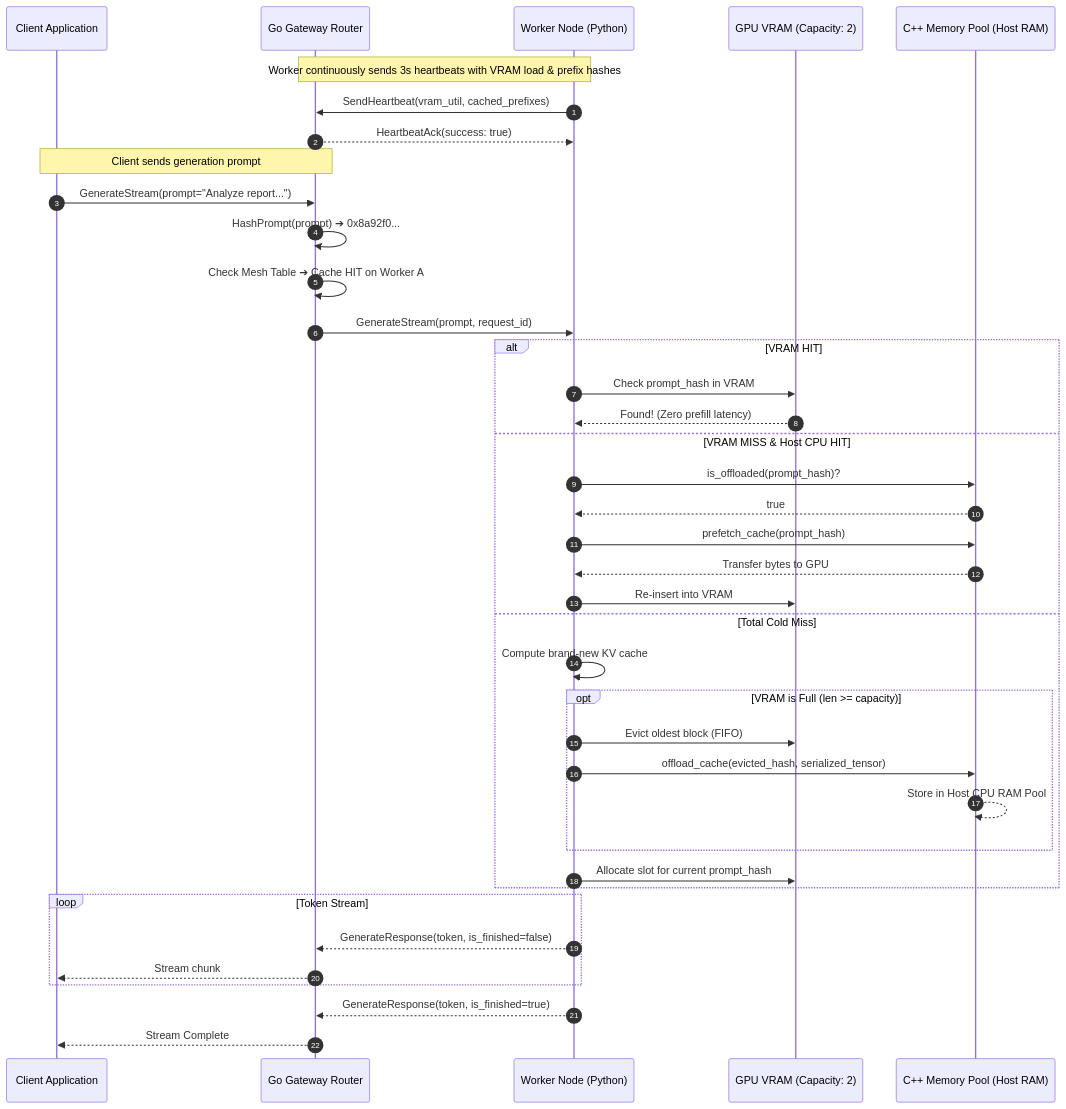
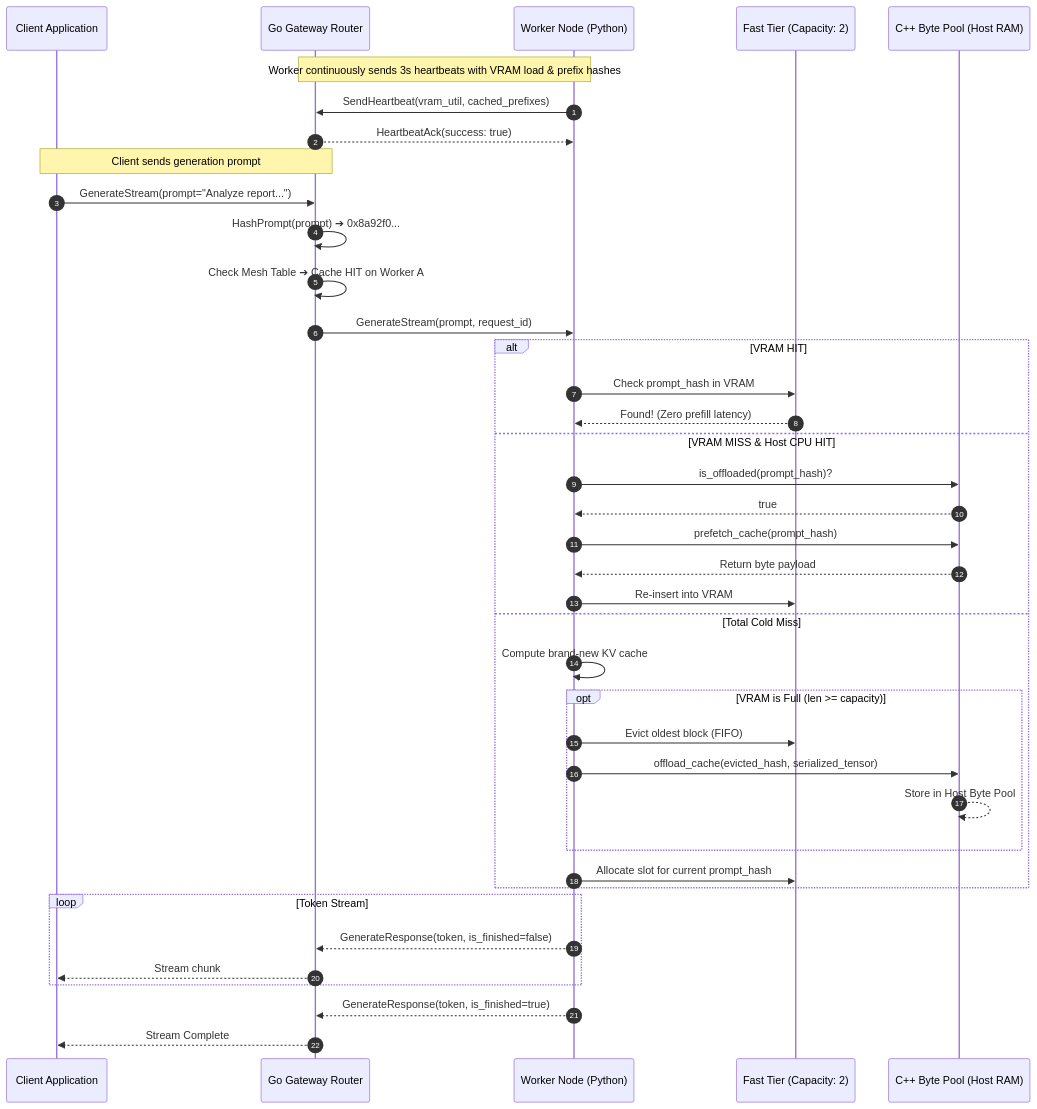
The second of 2 diagrams in README.md (AyaanShaheer/kv-mesh), drawn with Mermaid before and after one commit. The commit also changed other lines of this file and 5058 other files, not shown here.

````diff
--- a/README.md
+++ b/README.md
@@ -101,46 +116,46 @@
 ```mermaid
 sequenceDiagram
     autonumber
     participant Client as Client Application
     participant Gateway as Go Gateway Router
     participant Worker as Worker Node (Python)
-    participant VRAM as GPU VRAM (Capacity: 2)
-    participant CppExt as C++ Memory Pool (Host RAM)
+    participant VRAM as Fast Tier (Capacity: 2)
+    participant CppExt as C++ Byte Pool (Host RAM)
 
     Note over Worker,Gateway: Worker continuously sends 3s heartbeats with VRAM load & prefix hashes
     Worker->>Gateway: SendHeartbeat(vram_util, cached_prefixes)
     Gateway-->>Worker: HeartbeatAck(success: true)
 
     Note over Client,Gateway: Client sends generation prompt
     Client->>Gateway: GenerateStream(prompt="Analyze report...")
     Gateway->>Gateway: HashPrompt(prompt) ➔ 0x8a92f0...
     Gateway->>Gateway: Check Mesh Table ➔ Cache HIT on Worker A
 
     Gateway->>Worker: GenerateStream(prompt, request_id)
     
     alt VRAM HIT
         Worker->>VRAM: Check prompt_hash in VRAM
         VRAM-->>Worker: Found! (Zero prefill latency)
     else VRAM MISS & Host CPU HIT
         Worker->>CppExt: is_offloaded(prompt_hash)?
         CppExt-->>Worker: true
         Worker->>CppExt: prefetch_cache(prompt_hash)
-        CppExt-->>Worker: Transfer bytes to GPU
+        CppExt-->>Worker: Return byte payload
         Worker->>VRAM: Re-insert into VRAM
     else Total Cold Miss
         Worker->>Worker: Compute brand-new KV cache
         opt VRAM is Full (len >= capacity)
             Worker->>VRAM: Evict oldest block (FIFO)
             Worker->>CppExt: offload_cache(evicted_hash, serialized_tensor)
-            CppExt-->>CppExt: Store in Host CPU RAM Pool
+            CppExt-->>CppExt: Store in Host Byte Pool
         end
         Worker->>VRAM: Allocate slot for current prompt_hash
     end
 
     loop Token Stream
         Worker-->>Gateway: GenerateResponse(token, is_finished=false)
         Gateway-->>Client: Stream chunk
     end
     Worker-->>Gateway: GenerateResponse(token, is_finished=true)
     Gateway-->>Client: Stream Complete
 ```
````
